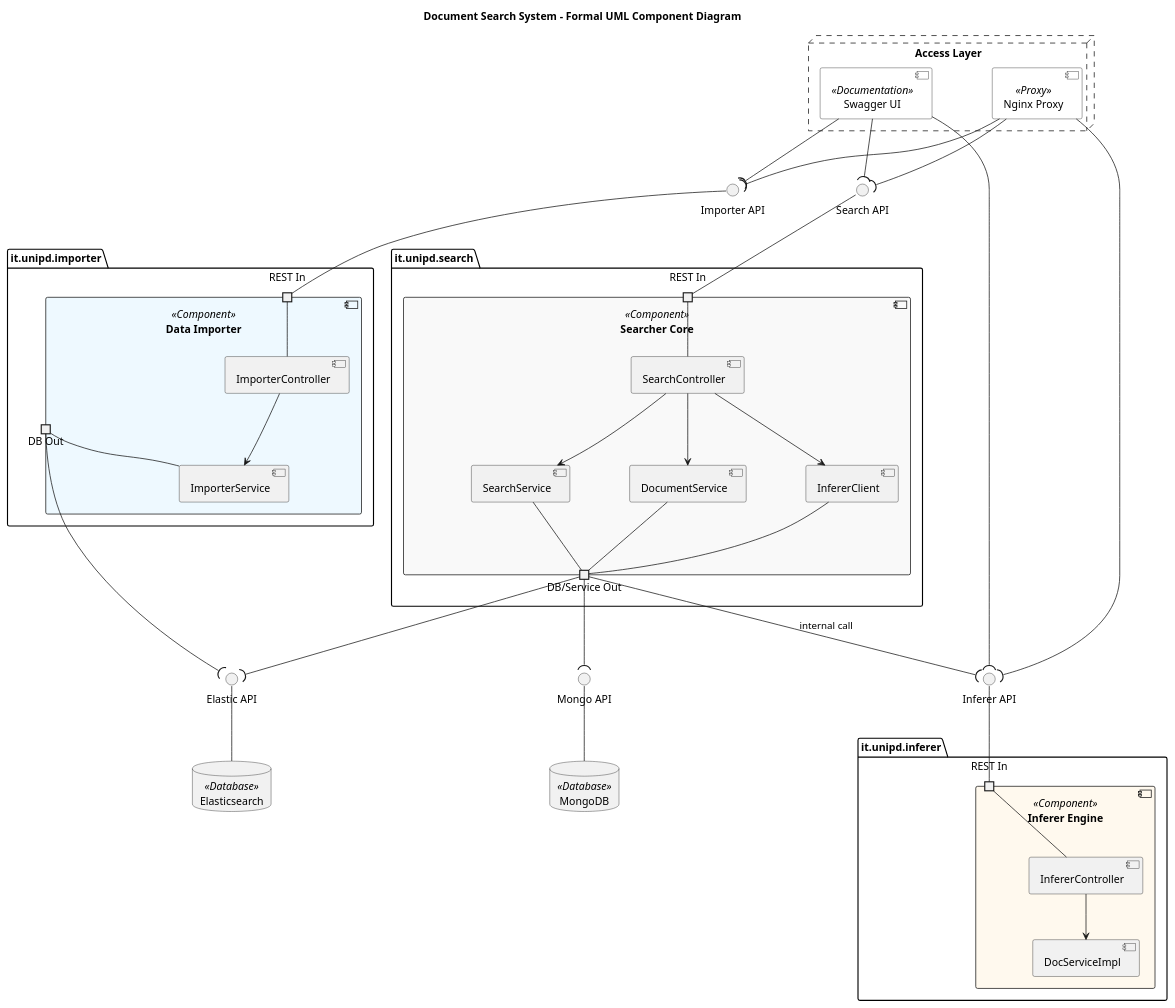
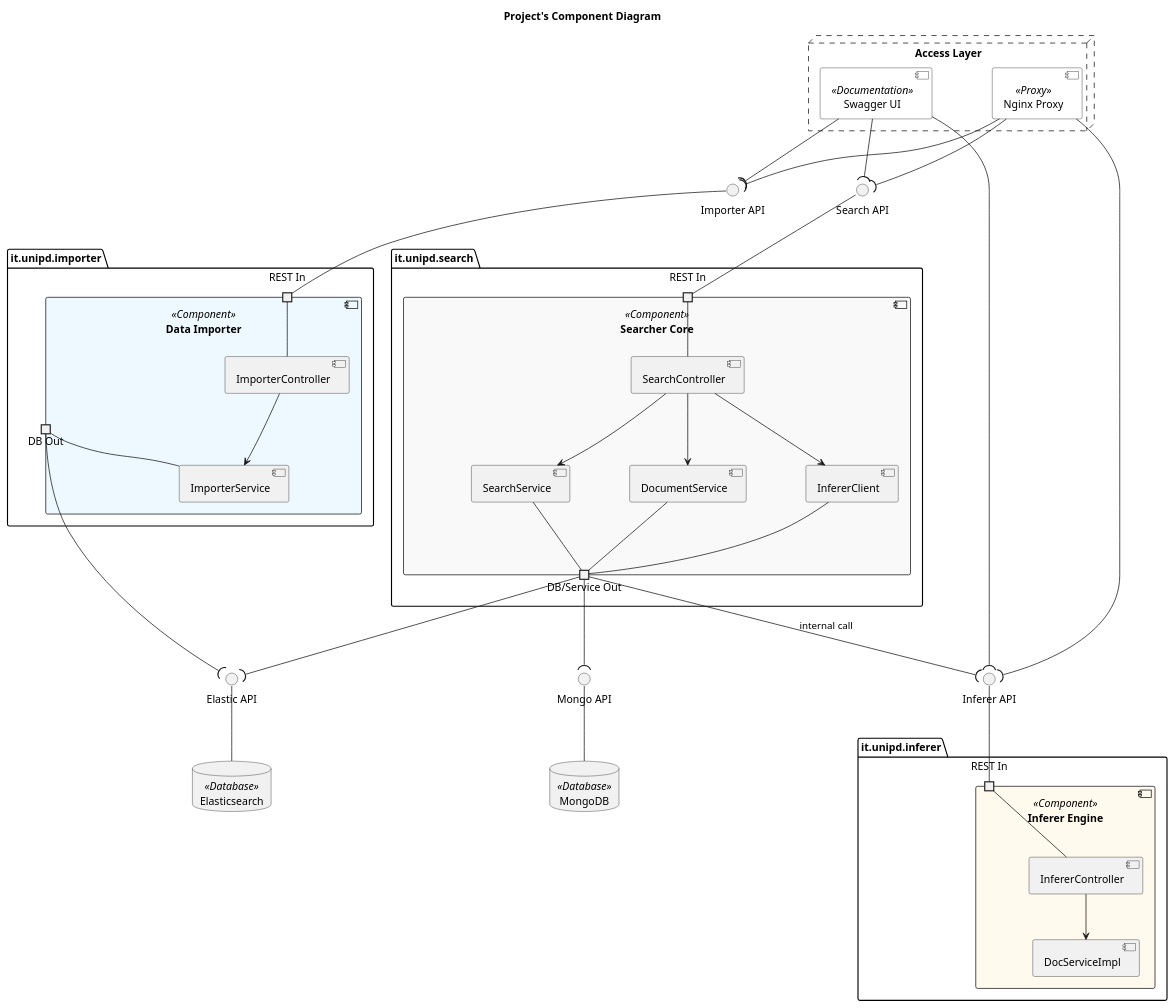
Before and after one commit to esspadoo/microservices-web-app: the diagram in documentation/Immagini presentazione/4+1 view model/Implementation_developer_view/Component diagram/componentDiagram.plantuml, drawn with PlantUML. The commit also changed 1 other file, not shown here.

Commit message:
Updated component diagram

```diff
--- a/documentation/Immagini presentazione/4+1 view model/Implementation_developer_view/Component diagram/componentDiagram.plantuml
+++ b/documentation/Immagini presentazione/4+1 view model/Implementation_developer_view/Component diagram/componentDiagram.plantuml
@@ -1,102 +1,102 @@
 @startuml
 ' Layout impostato per evitare incroci di linee
 skinparam componentStyle uml2
 skinparam nodesep 80
 skinparam ranksep 60
 
-title Document Search System - Formal UML Component Diagram
+title Project's Component Diagram
 
 ' --- INTERFACCE ---
 interface "Search API" as ISearch
 interface "Importer API" as IImp
 interface "Inferer API" as IInf
 interface "Elastic API" as IES
 interface "Mongo API" as IMongo
 
 ' --- INFRASTRUTTURA ---
 node "Access Layer" #line.dashed {
     [Nginx Proxy] as NG <<Proxy>> #white
     [Swagger UI] as SW <<Documentation>> #white
 }
 
 ' --- MODULO INFERER ---
 package "it.unipd.inferer" {
     component "Inferer Engine" as ModInf <<Component>> #fff9ee {
         portin "REST In" as pInfIn
         [InfererController] as InfCtrl
         [DocServiceImpl] as DocSrv
         
         pInfIn -down- InfCtrl
         InfCtrl -down-> DocSrv
     }
 }
 
 ' --- MODULO SEARCHER ---
 package "it.unipd.search" {
     component "Searcher Core" as ModSearch <<Component>> #f9f9f9 {
         portin "REST In" as pSeaIn
         portout "DB/Service Out" as pSeaOut
         
         [SearchController] as SeaCtrl
         [SearchService] as SeaSrv
         [DocumentService] as DocSrvSearch
         [InfererClient] as InfCli
         
         pSeaIn -down- SeaCtrl
         SeaCtrl -down-> SeaSrv
         SeaCtrl -down-> DocSrvSearch
         SeaCtrl -down-> InfCli
         
         SeaSrv -down- pSeaOut
         DocSrvSearch -down- pSeaOut
         InfCli -down- pSeaOut
     }
 }
 
 ' --- MODULO IMPORTER ---
 package "it.unipd.importer" {
     component "Data Importer" as ModImp <<Component>> #eef9ff {
         portin "REST In" as pImpIn
         portout "DB Out" as pImpOut
         
         [ImporterController] as ImpCtrl
         [ImporterService] as ImpSrv
         
         pImpIn -down- ImpCtrl
         ImpCtrl -down-> ImpSrv
         ImpSrv -down- pImpOut
     }
 }
 
 ' --- STORAGE ---
 database "Elasticsearch" as ES <<Database>>
 database "MongoDB" as Mongo <<Database>>
 
 ' --- CONNESSIONI E INTERFACCE (Notation: Ball-and-Socket) ---
 
 ' Connessioni Entry Point (Semicerchio richiede -> Cerchio fornisce)
 NG --( ISearch
 NG --( IImp
 NG --( IInf
 
 SW --( ISearch
 SW --( IImp
 SW --( IInf
 
 ' Mapping Porte -> Interfacce Fornite (Cerchio)
 pSeaIn -up- ISearch
 pImpIn -up- IImp
 pInfIn -up- IInf
 
 ' Mapping Porte -> Interfacce Richieste (Semicerchio)
 pSeaOut --( IES
 pSeaOut --( IMongo
 pSeaOut --( IInf : "internal call"
 
 pImpOut --( IES
 
 ' Mapping Interfacce Fornite dai Database
 IES -down- ES
 IMongo -down- Mongo
 
 @enduml
```
